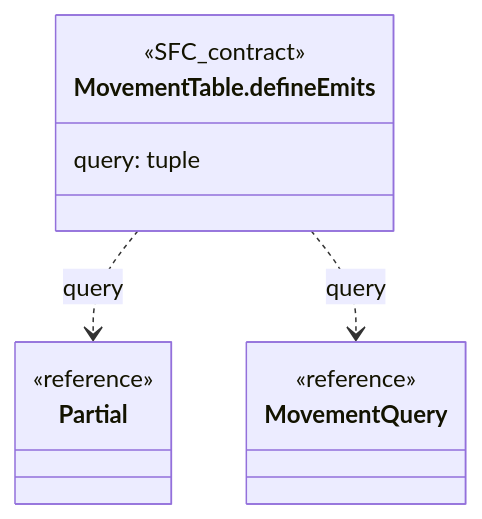
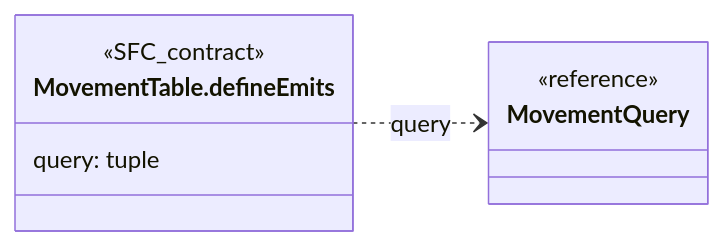
One commit to gpgsistemas01/nexus changed the fourth of 27 diagrams in front/docs/architecture/views/logical/type-reference/movements.md. Above: the diagram before and after it, drawn with Mermaid. The commit also changed other lines of this file and 37 other files, not shown here.

Commit message:
docs: depurar diagramas y conservar contratos propios del frontend

````diff
--- a/front/docs/architecture/views/logical/type-reference/movements.md
+++ b/front/docs/architecture/views/logical/type-reference/movements.md
@@ -181,16 +153,12 @@
 ```mermaid
 classDiagram
-    direction TB
+    direction LR
     class Subject["MovementTable.defineEmits"] {
         <<SFC_contract>>
         query: tuple
     }
-    class R0["Partial"] {
-        <<reference>>
-    }
-    class R1["MovementQuery"] {
+    class R0["MovementQuery"] {
         <<reference>>
     }
     Subject ..> R0 : query
-    Subject ..> R1 : query
 ```
````
